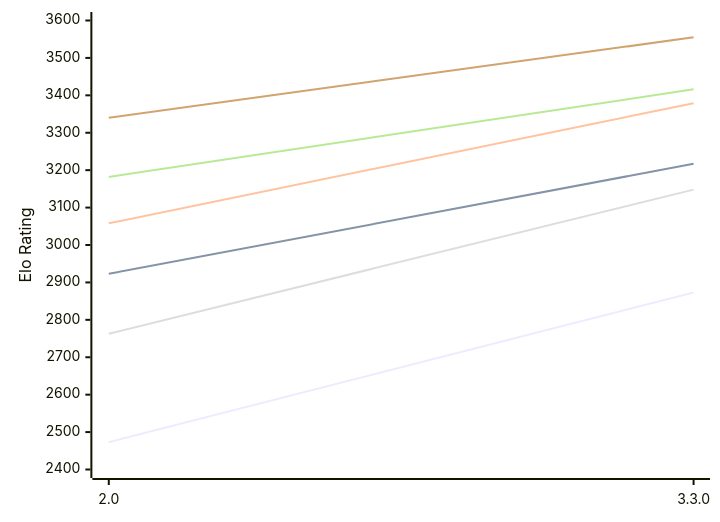
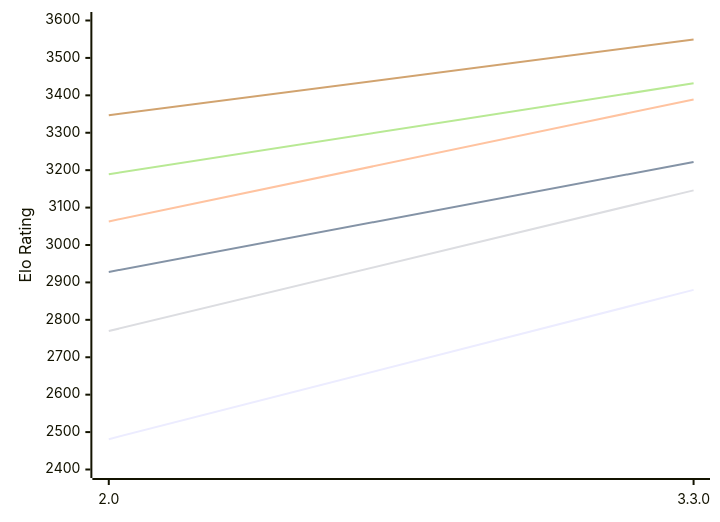
The diagram in engines/Ravager.md (computer-chess-index/cci), drawn with Mermaid before and after one commit. The commit also changed other lines of this file, not shown here.

Commit message:
Update CCI Ratings (ELO VLTC) - 2026-10-16

````diff
--- a/engines/Ravager.md
+++ b/engines/Ravager.md
@@ -49,12 +49,12 @@
 ```mermaid
 %%{init: {"theme":"base","themeVariables":{"seriesColors:['#a3a3a3','#222221','#faa371']}}}%%
 xychart-beta
   x-axis ["2.0", "3.3.0"]
   y-axis "Elo Rating" 2400 --> 3600
-  line "E1: STC (8.0+0.08s)" [2473, 2873]
-  line "E1: LTC (60.0+0.60s)" [2923, 3217]
-  line "E1: VLTC (2m24s+1.12s)" [3058, 3379]
-  line "P1: STC (8.0+0.08s)" [2763, 3148]
-  line "P1: LTC (60.0+0.60s)" [3182, 3416]
-  line "P1: VLTC (2m24s+1.12s)" [3340, 3555]
+  line "E1: STC (8.0+0.08s)" [2481, 2880]
+  line "E1: LTC (60.0+0.60s)" [2928, 3222]
+  line "E1: VLTC (2m24s+1.12s)" [3063, 3389]
+  line "P1: STC (8.0+0.08s)" [2770, 3146]
+  line "P1: LTC (60.0+0.60s)" [3189, 3432]
+  line "P1: VLTC (2m24s+1.12s)" [3347, 3549]
 ```
````
